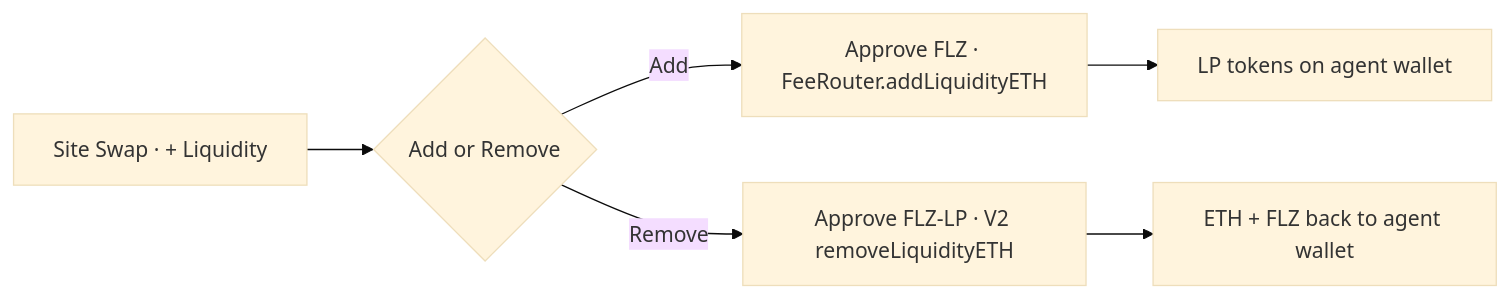
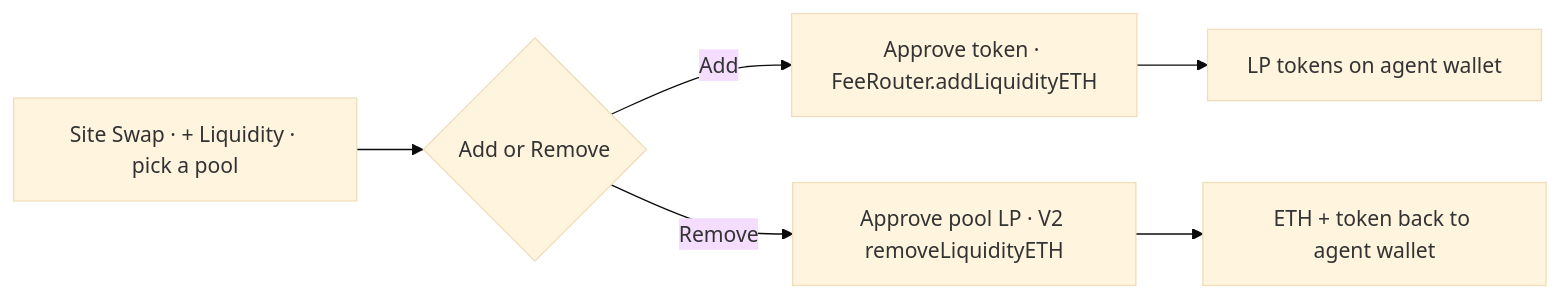
Before and after one commit to rudazy/flizy: the seventh of 7 diagrams in docs/ARCHITECTURE.md, drawn with Mermaid (base theme). The commit also changed other lines of this file and 23 other files, not shown here.

````diff
--- a/docs/ARCHITECTURE.md
+++ b/docs/ARCHITECTURE.md
@@ -261,8 +261,8 @@
 ```mermaid
 flowchart LR
-  A[Site Swap · + Liquidity] --> B{Add or Remove}
-  B -->|Add| C[Approve FLZ · FeeRouter.addLiquidityETH]
-  B -->|Remove| D[Approve FLZ-LP · V2 removeLiquidityETH]
+  A[Site Swap · + Liquidity · pick a pool] --> B{Add or Remove}
+  B -->|Add| C[Approve token · FeeRouter.addLiquidityETH]
+  B -->|Remove| D[Approve pool LP · V2 removeLiquidityETH]
   C --> E[LP tokens on agent wallet]
-  D --> F[ETH + FLZ back to agent wallet]
+  D --> F[ETH + token back to agent wallet]
 ```
````
